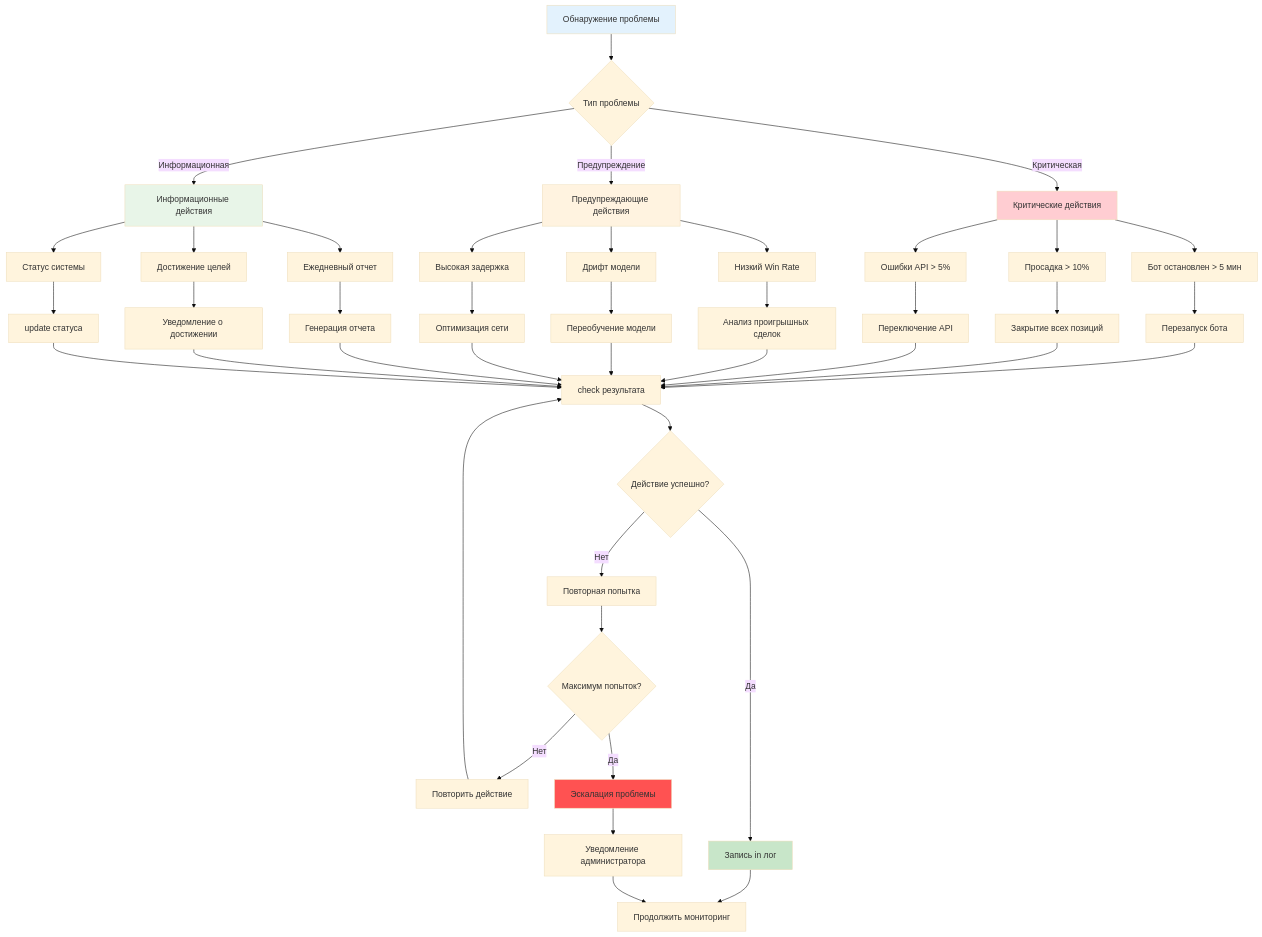
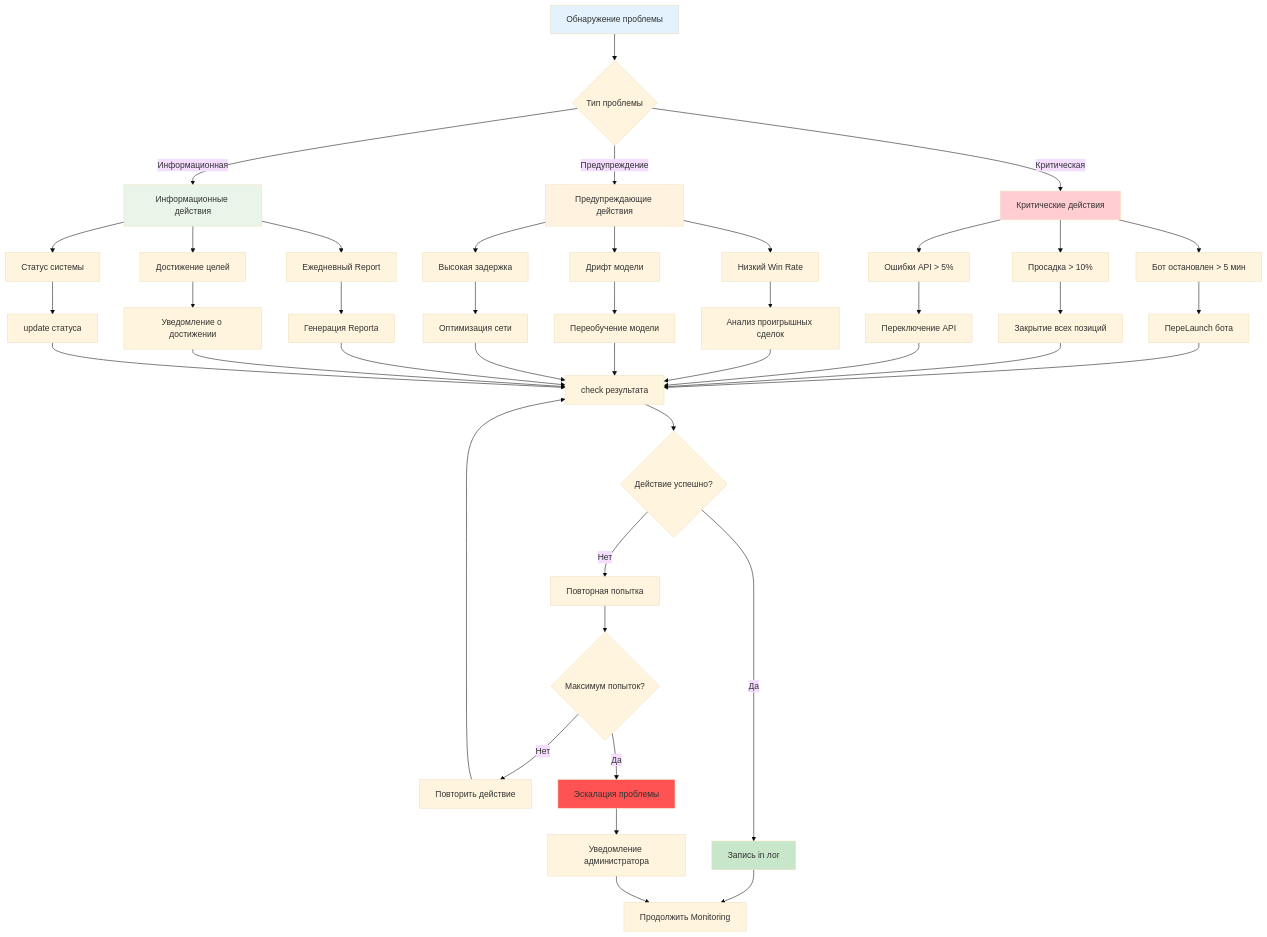
One commit to NeoZorK/neozork-hld-prediction changed the seventh of 8 diagrams in docs/automl/gluon/27_trading_bot_monitoring.md. Above: the diagram before and after it, drawn with Mermaid (base theme). The commit also changed other lines of this file and 102 other files, not shown here.

````diff
--- a/docs/automl/gluon/27_trading_bot_monitoring.md
+++ b/docs/automl/gluon/27_trading_bot_monitoring.md
@@ -2273,63 +2273,63 @@
 ```mermaid
 graph TD
  A[Обнаружение проблемы] --> B{Тип проблемы}
 
  B -->|Критическая| C[Критические действия]
  B -->|Предупреждение| D[Предупреждающие действия]
  B -->|Информационная| E[Информационные действия]
 
  C --> C1[Бот остановлен > 5 мин]
  C --> C2[Просадка > 10%]
  C --> C3[Ошибки API > 5%]
 
  D --> D1[Низкий Win Rate]
  D --> D2[Дрифт модели]
  D --> D3[Высокая задержка]
 
- E --> E1[Ежедневный отчет]
+ E --> E1[Ежедневный Report]
  E --> E2[Достижение целей]
  E --> E3[Статус системы]
 
- C1 --> F[Перезапуск бота]
+ C1 --> F[ПереLaunch бота]
  C2 --> G[Закрытие всех позиций]
  C3 --> H[Переключение API]
 
  D1 --> I[Анализ проигрышных сделок]
  D2 --> J[Переобучение модели]
  D3 --> K[Оптимизация сети]
 
- E1 --> L[Генерация отчета]
+ E1 --> L[Генерация Reportа]
  E2 --> M[Уведомление о достижении]
  E3 --> N[update статуса]
 
  F --> O[check результата]
  G --> O
  H --> O
  I --> O
  J --> O
  K --> O
  L --> O
  M --> O
  N --> O
 
  O --> P{Действие успешно?}
  P -->|Да| Q[Запись in лог]
  P -->|Нет| R[Повторная попытка]
 
  R --> S{Максимум попыток?}
  S -->|Нет| T[Повторить действие]
  S -->|Да| U[Эскалация проблемы]
 
  T --> O
  U --> V[Уведомление администратора]
 
- Q --> W[Продолжить мониторинг]
+ Q --> W[Продолжить Monitoring]
  V --> W
 
  style A fill:#e3f2fd
  style C fill:#ffcdd2
  style D fill:#fff3e0
  style E fill:#e8f5e8
  style Q fill:#c8e6c9
  style U fill:#ff5252
 ```
````
